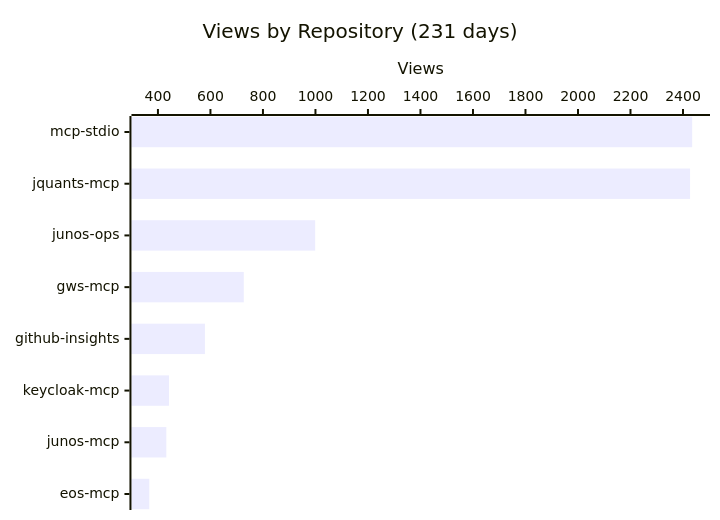
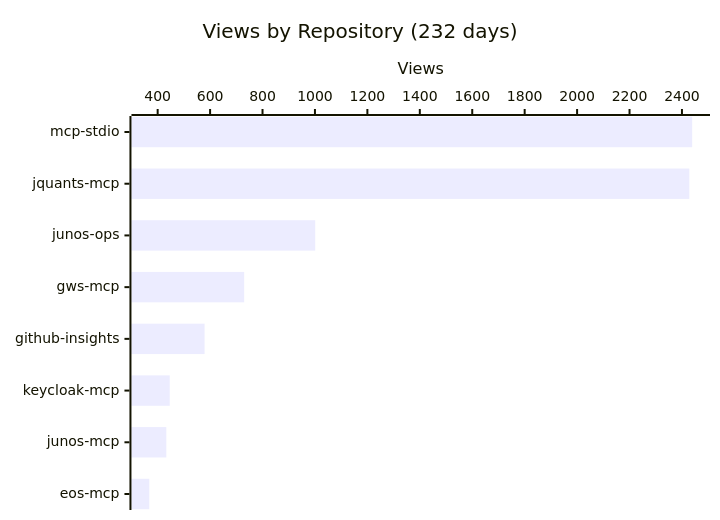
Before and after one commit to shigechika/github-insights: the first of 4 diagrams in README.md, drawn with Mermaid. The commit also changed other lines of this file and 1 other file, not shown here.

````diff
--- a/README.md
+++ b/README.md
@@ -18,7 +18,7 @@
 ```mermaid
 xychart-beta horizontal
-    title "Views by Repository (231 days)"
+    title "Views by Repository (232 days)"
     x-axis ["mcp-stdio", "jquants-mcp", "junos-ops", "gws-mcp", "github-insights", "keycloak-mcp", "junos-mcp", "eos-mcp"]
     y-axis "Views"
-    bar [2435, 2427, 999, 727, 579, 442, 432, 367]
+    bar [2439, 2428, 1001, 730, 579, 446, 433, 368]
 ```
````
